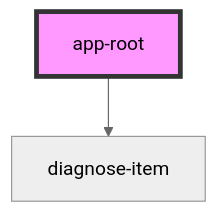
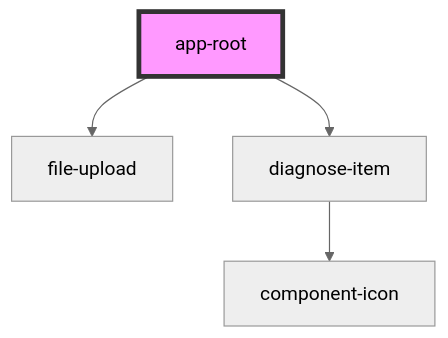
The diagram in rest-diagnostic/src/components/root/readme.md (grantlouisherman/rest-diagnostic-stencil), drawn with Mermaid (neutral theme) before and after one commit. The commit also changed other lines of this file and 7 other files, not shown here.

````diff
--- a/rest-diagnostic/src/components/root/readme.md
+++ b/rest-diagnostic/src/components/root/readme.md
@@ -15,5 +16,7 @@
 ```mermaid
 graph TD;
+  app-root --> file-upload
   app-root --> diagnose-item
+  diagnose-item --> component-icon
   style app-root fill:#f9f,stroke:#333,stroke-width:4px
 ```
````
